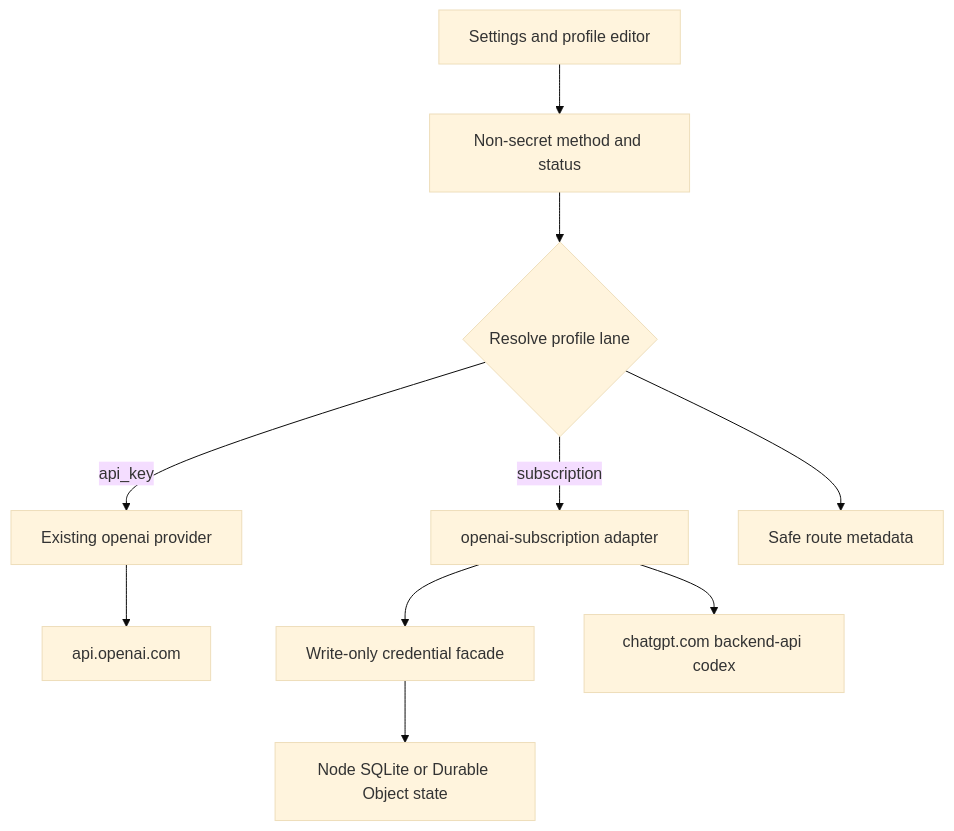
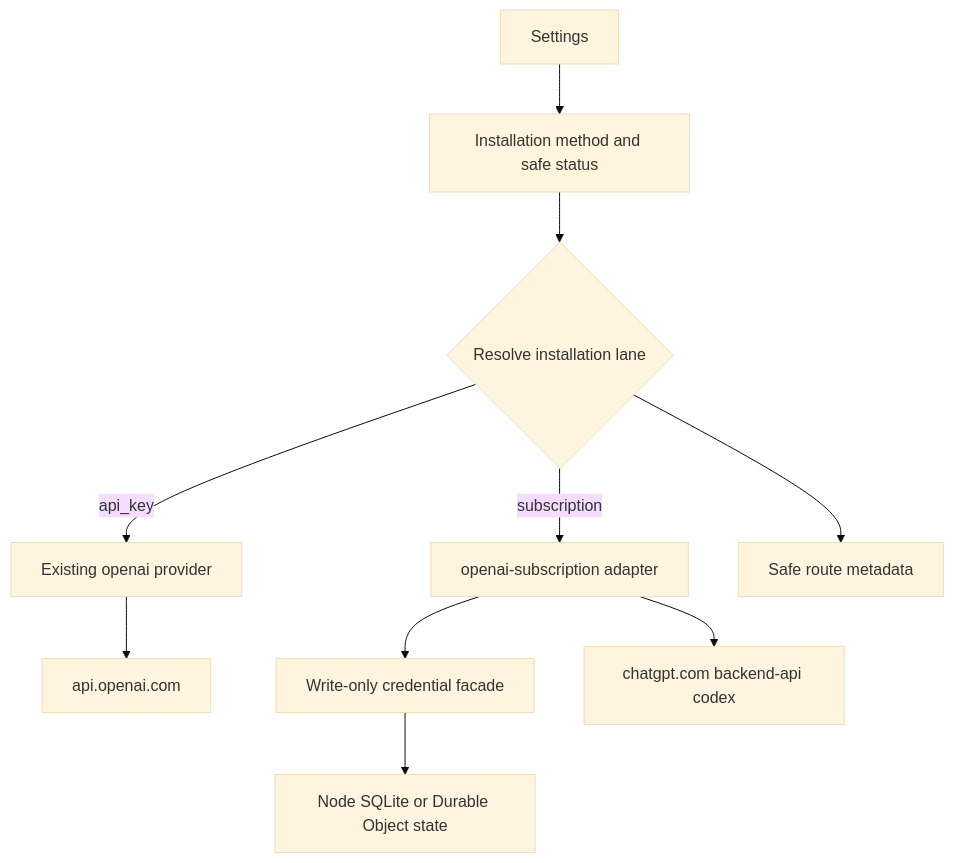
The first of 5 diagrams in docs/plans/2026-07-28-001-feat-openai-subscription-auth-plan.md (pejmanjohn/chickpea), drawn with Mermaid (base theme) before and after one commit. The commit also changed other lines of this file and 20 other files, not shown here.

Commit message:
feat(openai): select auth method installation-wide

````diff
--- a/docs/plans/2026-07-28-001-feat-openai-subscription-auth-plan.md
+++ b/docs/plans/2026-07-28-001-feat-openai-subscription-auth-plan.md
@@ -251,12 +251,12 @@
 ```mermaid
 flowchart TB
-  UI["Settings and profile editor"] --> CFG["Non-secret method and status"]
-  CFG --> ROUTE{"Resolve profile lane"}
+  UI["Settings"] --> CFG["Installation method and safe status"]
+  CFG --> ROUTE{"Resolve installation lane"}
   ROUTE -->|api_key| APIKEY["Existing openai provider"]
   ROUTE -->|subscription| DIRECT["openai-subscription adapter"]
   APIKEY --> PLATFORM["api.openai.com"]
   DIRECT --> CREDS["Write-only credential facade"]
   DIRECT --> CODEX["chatgpt.com backend-api codex"]
   CREDS --> STATE["Node SQLite or Durable Object state"]
   ROUTE --> AUDIT["Safe route metadata"]
 ```
````
